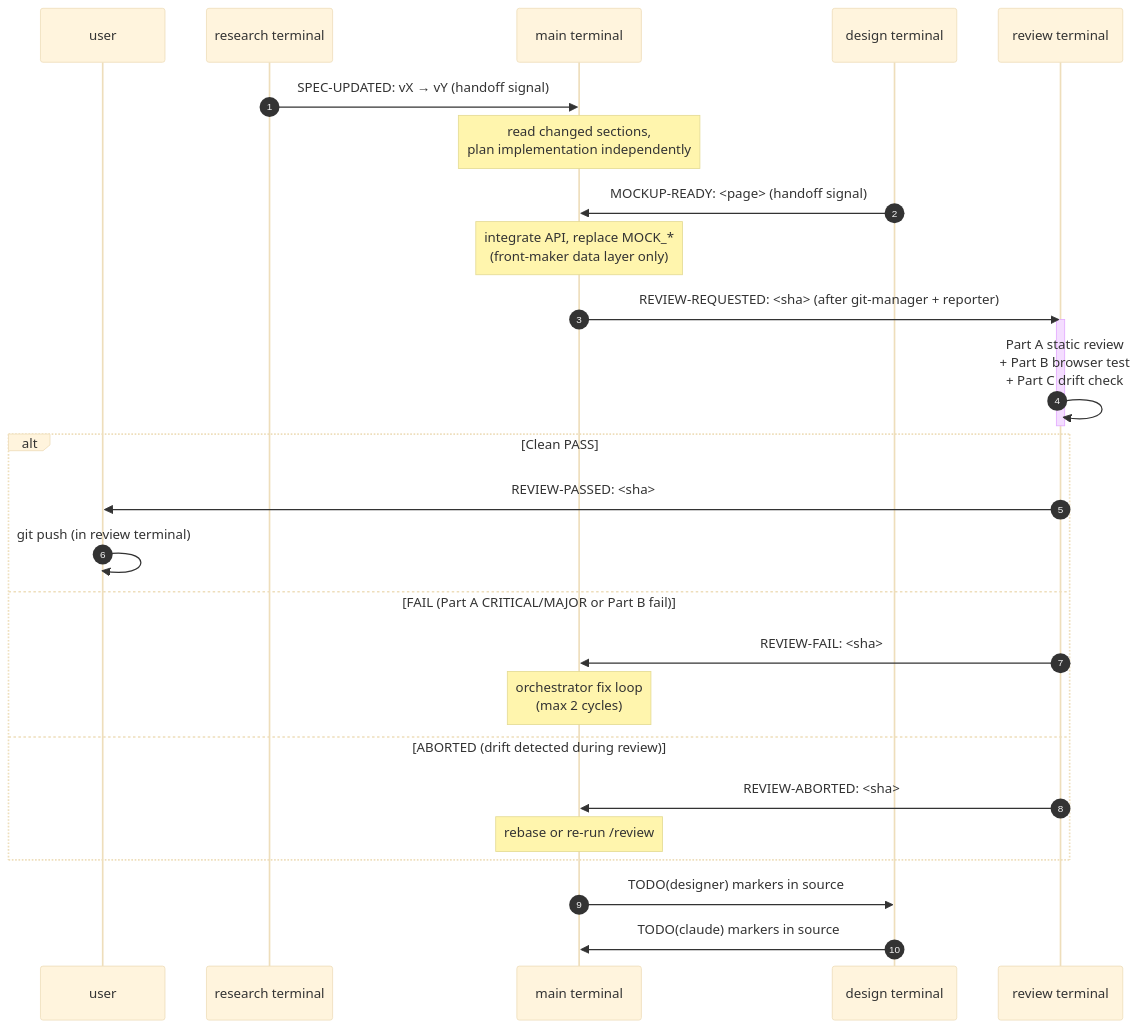
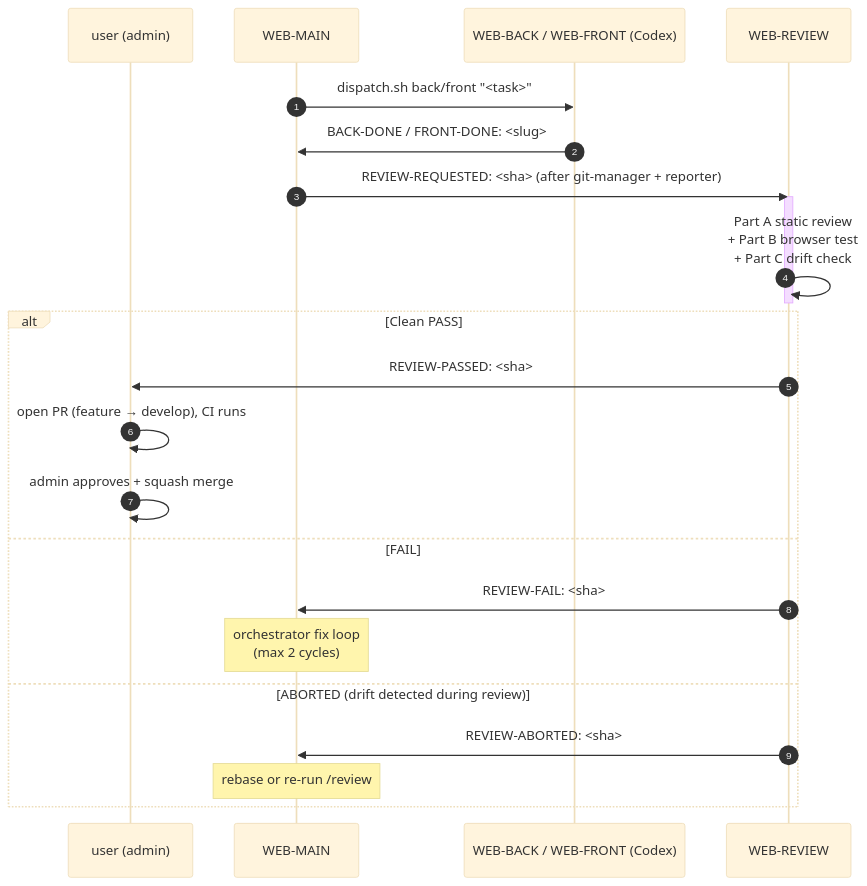
One commit to hongikarchi/archi-tinder changed the second of 6 diagrams in .claude/WORKFLOW.md. Above: the diagram before and after it, drawn with Mermaid (base theme). The commit also changed other lines of this file and 63 other files, not shown here.

````diff
--- a/.claude/WORKFLOW.md
+++ b/.claude/WORKFLOW.md
@@ -49,34 +44,27 @@
 ```mermaid
 sequenceDiagram
     autonumber
-    participant U as user
-    participant R as research terminal
-    participant M as main terminal
-    participant D as design terminal
-    participant V as review terminal
+    participant U as user (admin)
+    participant M as WEB-MAIN
+    participant T as WEB-BACK / WEB-FRONT (Codex)
+    participant V as WEB-REVIEW
 
-    R->>M: SPEC-UPDATED: vX → vY (handoff signal)
-    Note over M: read changed sections,<br/>plan implementation independently
-
-    D->>M: MOCKUP-READY: <page> (handoff signal)
-    Note over M: integrate API, replace MOCK_*<br/>(front-maker data layer only)
-
+    M->>T: dispatch.sh back/front "<task>"
+    T->>M: BACK-DONE / FRONT-DONE: <slug>
     M->>V: REVIEW-REQUESTED: <sha> (after git-manager + reporter)
     activate V
     V->>V: Part A static review<br/>+ Part B browser test<br/>+ Part C drift check
     deactivate V
 
     alt Clean PASS
         V->>U: REVIEW-PASSED: <sha>
-        U->>U: git push (in review terminal)
-    else FAIL (Part A CRITICAL/MAJOR or Part B fail)
+        U->>U: open PR (feature → develop), CI runs
+        U->>U: admin approves + squash merge
+    else FAIL
         V->>M: REVIEW-FAIL: <sha>
         Note over M: orchestrator fix loop<br/>(max 2 cycles)
     else ABORTED (drift detected during review)
         V->>M: REVIEW-ABORTED: <sha>
         Note over M: rebase or re-run /review
     end
-
-    M->>D: TODO(designer) markers in source
-    D->>M: TODO(claude) markers in source
 ```
````
